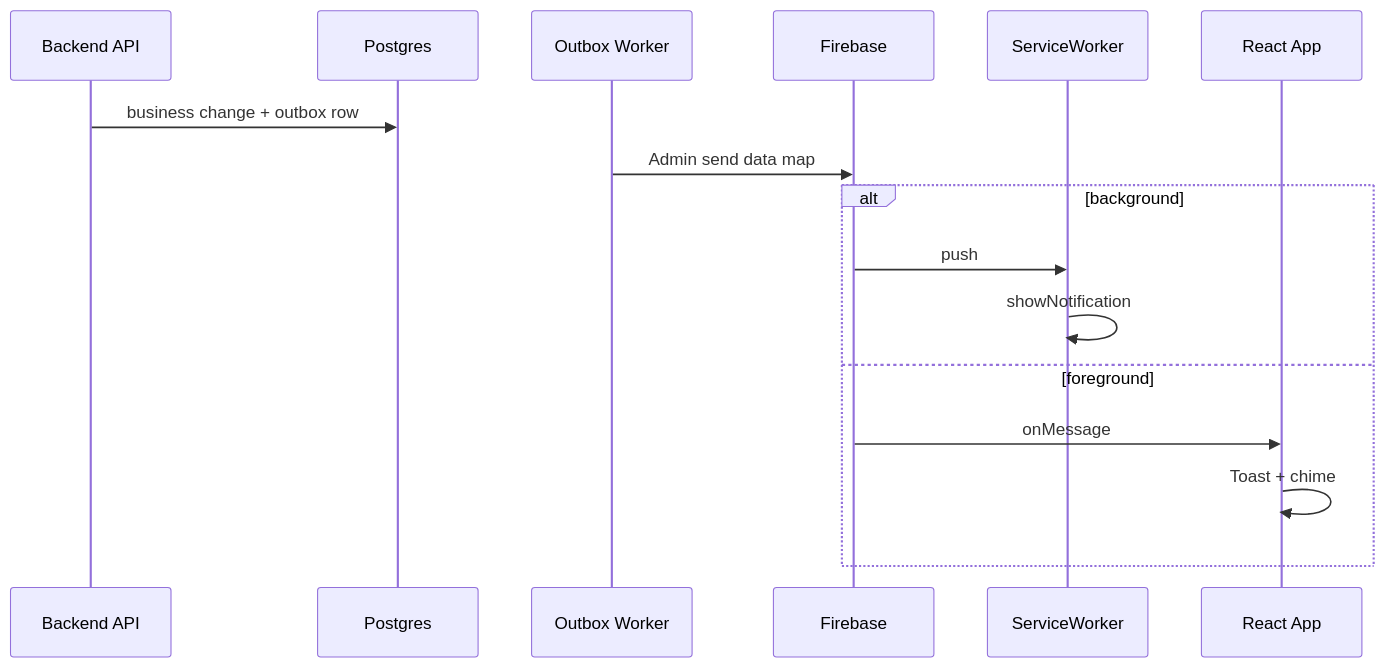
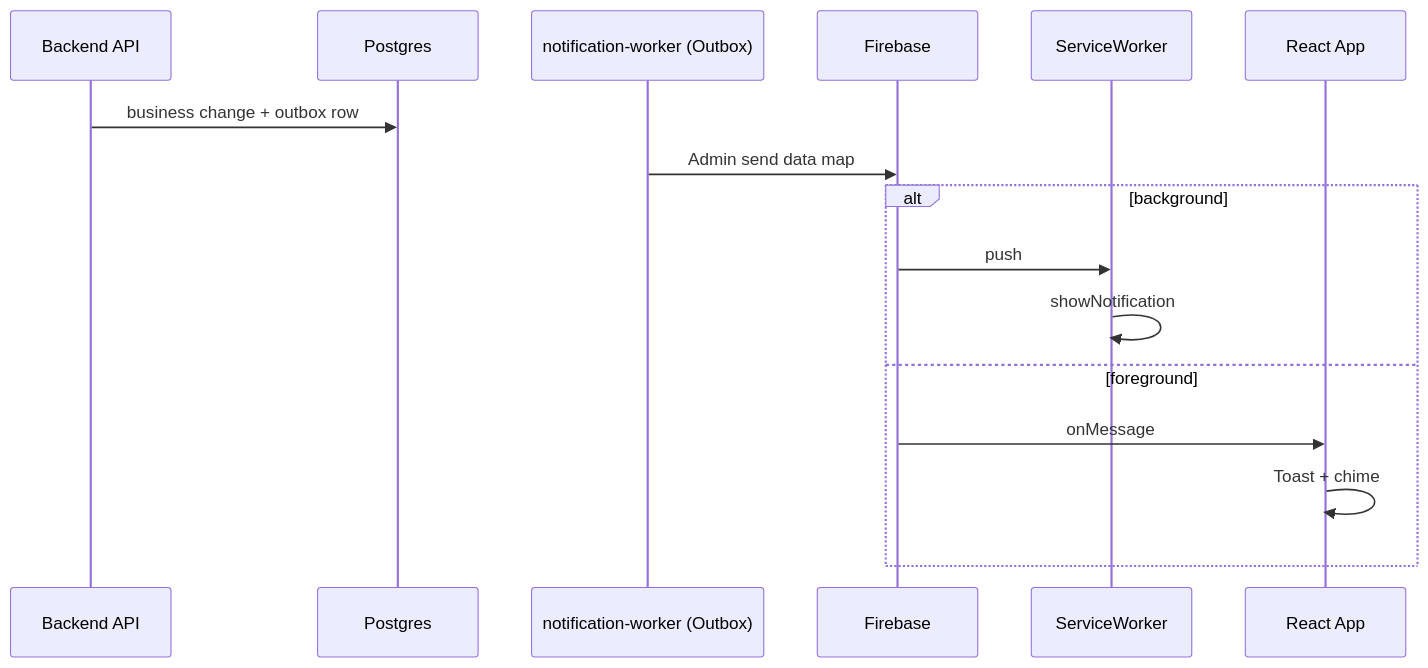
The diagram in docs/adr/FCM_AND_PUSH.md (Itamarabir1/LinkUp), drawn with Mermaid before and after one commit. The commit also changed 37 other files, not shown here.

First line of the commit message:
docs: sync architecture and narratives with codebase

````diff
--- a/docs/adr/FCM_AND_PUSH.md
+++ b/docs/adr/FCM_AND_PUSH.md
@@ -43,18 +43,18 @@
 ```mermaid
 sequenceDiagram
   participant API as Backend API
   participant DB as Postgres
-  participant OB as Outbox Worker
+  participant OB as notification-worker (Outbox)
   participant FCM as Firebase
   participant SW as ServiceWorker
   participant App as React App
   API->>DB: business change + outbox row
   OB->>FCM: Admin send data map
   alt background
     FCM->>SW: push
     SW->>SW: showNotification
   else foreground
     FCM->>App: onMessage
     App->>App: Toast + chime
   end
 ```
````
